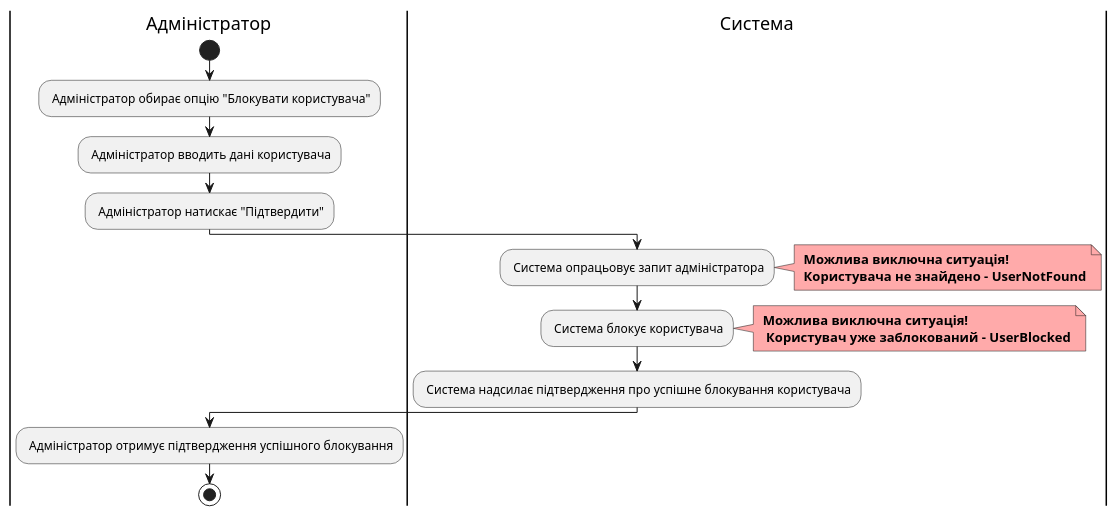
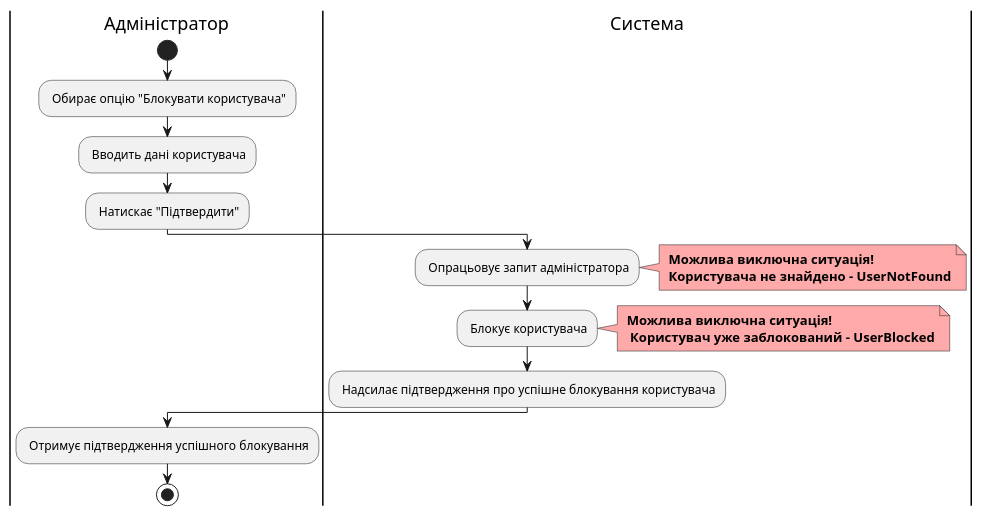
Diagram 13 of 17 in docs/use cases/README.md (watashone/db-labs), drawn with PlantUML before and after one commit. The commit also changed other lines of this file, not shown here.

````diff
--- a/docs/use cases/README.md
+++ b/docs/use cases/README.md
@@ -441,25 +438,24 @@
 ```plantuml
 @startuml
     |Адміністратор|
         start
-        : Адміністратор обирає опцію "Блокувати користувача";
-        : Адміністратор вводить дані користувача;
-        : Адміністратор натискає "Підтвердити";
+        : Обирає опцію "Блокувати користувача";
+        : Вводить дані користувача;
+        : Натискає "Підтвердити";
     |Система|
-        : Система опрацьовує запит адміністратора;
+        : Опрацьовує запит адміністратора;
         note right #ffaaaa
         <b> Можлива виключна ситуація!
         <b> Користувача не знайдено - UserNotFound
         end note
-        : Система блокує користувача;
+        : Блокує користувача;
         note right #ffaaaa
         <b> Можлива виключна ситуація!
         <b>  Користувач уже заблокований - UserBlocked
         end note
-        : Система надсилає підтвердження про успішне блокування користувача;
+        : Надсилає підтвердження про успішне блокування користувача;
     |Адміністратор|
-        : Адміністратор отримує підтвердження успішного блокування;
+        : Отримує підтвердження успішного блокування;
         stop;
-
 @enduml 
 ```
````
